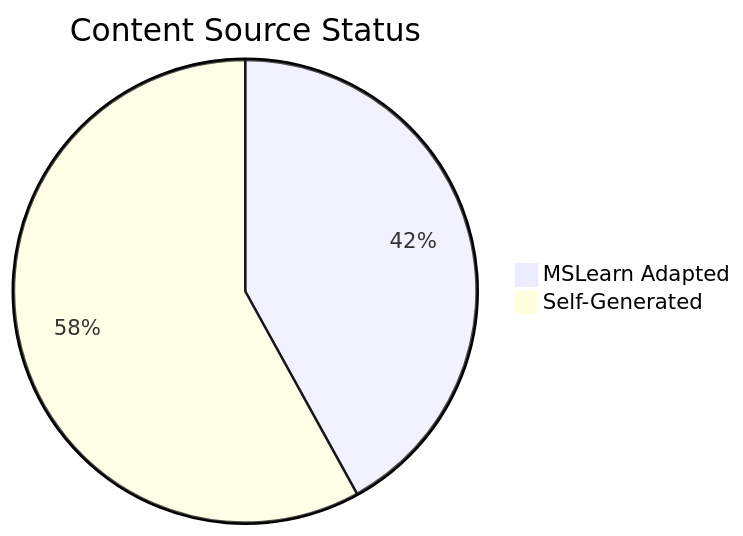
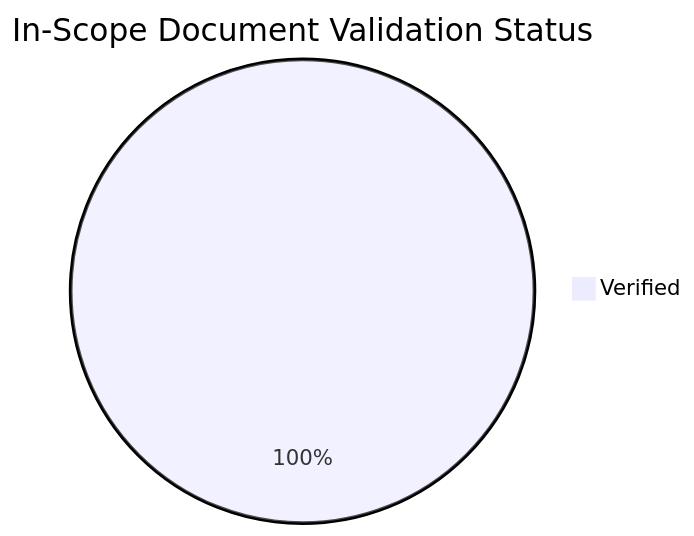
One commit to yeongseon/azure-networking-practical-guide changed the diagram in docs/reference/content-validation-status.md. Above: the diagram before and after it, drawn with Mermaid. The commit also changed other lines of this file and 60 other files, not shown here.

First line of the commit message:
docs: implement content_validation and tutorial validation metadata (#1, #2)

````diff
--- a/docs/reference/content-validation-status.md
+++ b/docs/reference/content-validation-status.md
@@ -33,5 +25,4 @@
 ```mermaid
-pie title Content Source Status
-    "MSLearn Adapted" : 34
-    "Self-Generated" : 47
+pie title In-Scope Document Validation Status
+    "Verified" : 48
 ```
````
